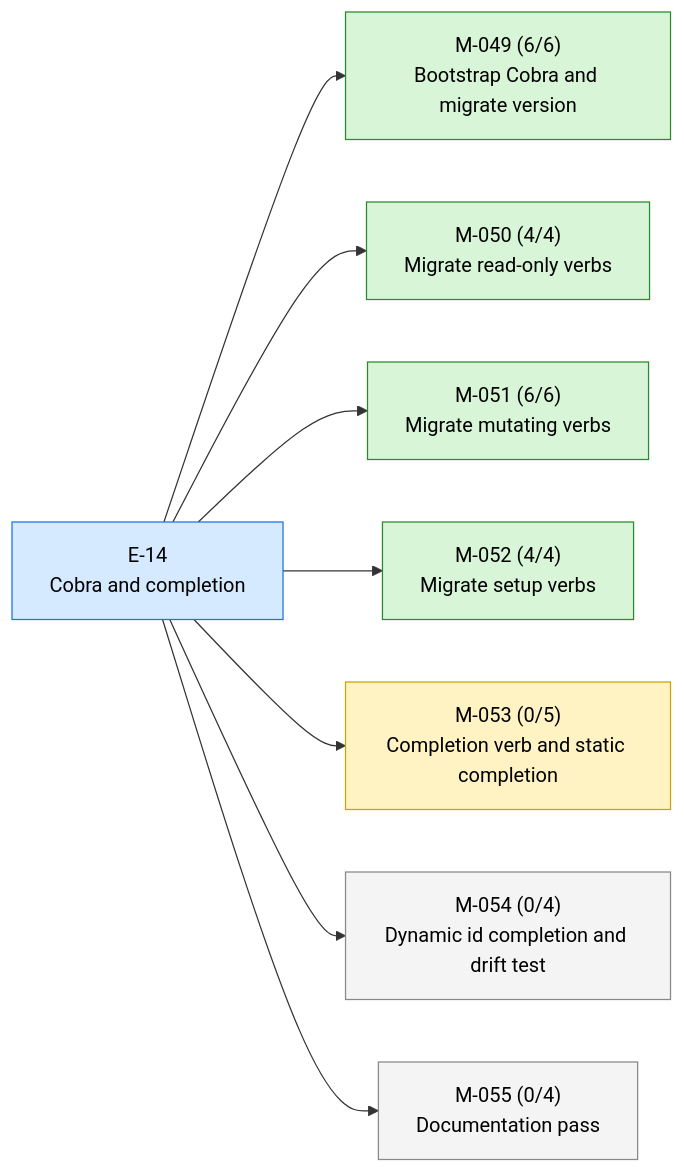
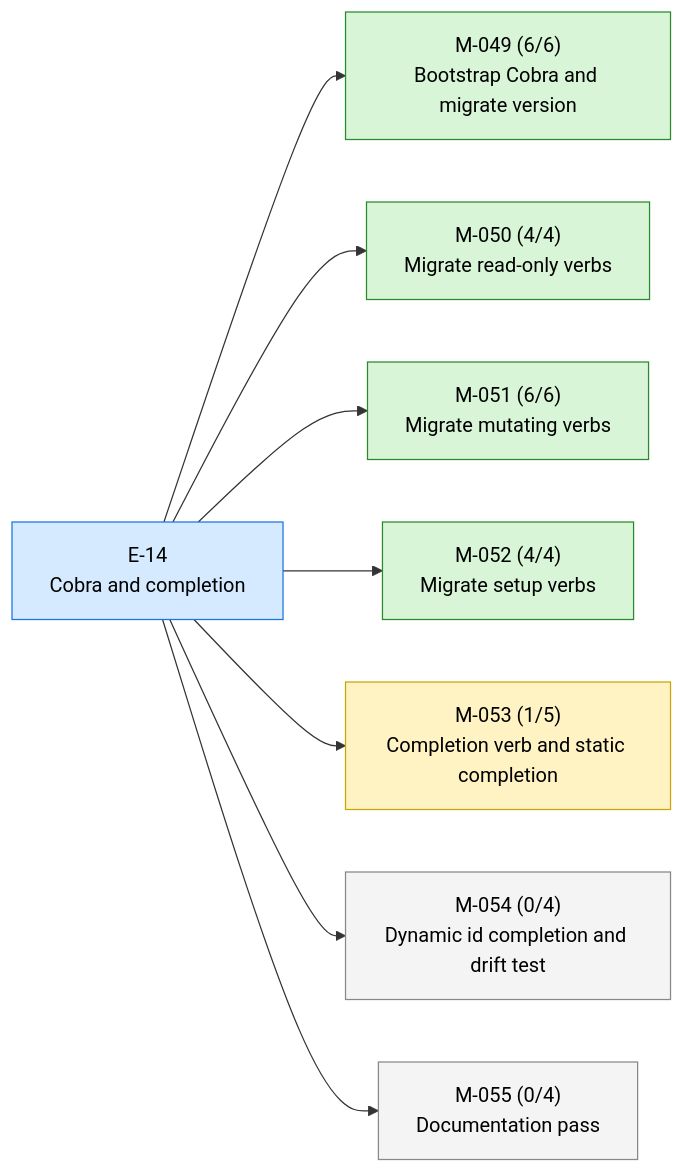
One commit to 23min/aiwf changed the first of 2 diagrams in STATUS.md. Above: the diagram before and after it, drawn with Mermaid. The commit also changed other lines of this file and 1 other file, not shown here.

Commit message:
aiwf promote M-053/AC-1 open -> met
aiwf-verb: promote
aiwf-entity: M-053/AC-1
aiwf-actor: human/peter
aiwf-to: met

````diff
--- a/STATUS.md
+++ b/STATUS.md
@@ -17,24 +17,24 @@
 ```mermaid
 flowchart LR
   E_14["E-14<br/>Cobra and completion"]:::epic_active
   M_049["M-049 (6/6)<br/>Bootstrap Cobra and migrate version"]:::ms_done
   E_14 --> M_049
   M_050["M-050 (4/4)<br/>Migrate read-only verbs"]:::ms_done
   E_14 --> M_050
   M_051["M-051 (6/6)<br/>Migrate mutating verbs"]:::ms_done
   E_14 --> M_051
   M_052["M-052 (4/4)<br/>Migrate setup verbs"]:::ms_done
   E_14 --> M_052
-  M_053["M-053 (0/5)<br/>Completion verb and static completion"]:::ms_in_progress
+  M_053["M-053 (1/5)<br/>Completion verb and static completion"]:::ms_in_progress
   E_14 --> M_053
   M_054["M-054 (0/4)<br/>Dynamic id completion and drift test"]:::ms_draft
   E_14 --> M_054
   M_055["M-055 (0/4)<br/>Documentation pass"]:::ms_draft
   E_14 --> M_055
   classDef epic_active fill:#d6eaff,stroke:#1a73e8,color:#000
   classDef epic_proposed fill:#f4f4f4,stroke:#888,color:#000
   classDef ms_done fill:#d8f5d8,stroke:#2a8a2a,color:#000
   classDef ms_in_progress fill:#fff3c4,stroke:#caa400,color:#000
   classDef ms_draft fill:#f4f4f4,stroke:#888,color:#000
   classDef ms_cancelled fill:#fbeaea,stroke:#c33,color:#000
 ```
````
